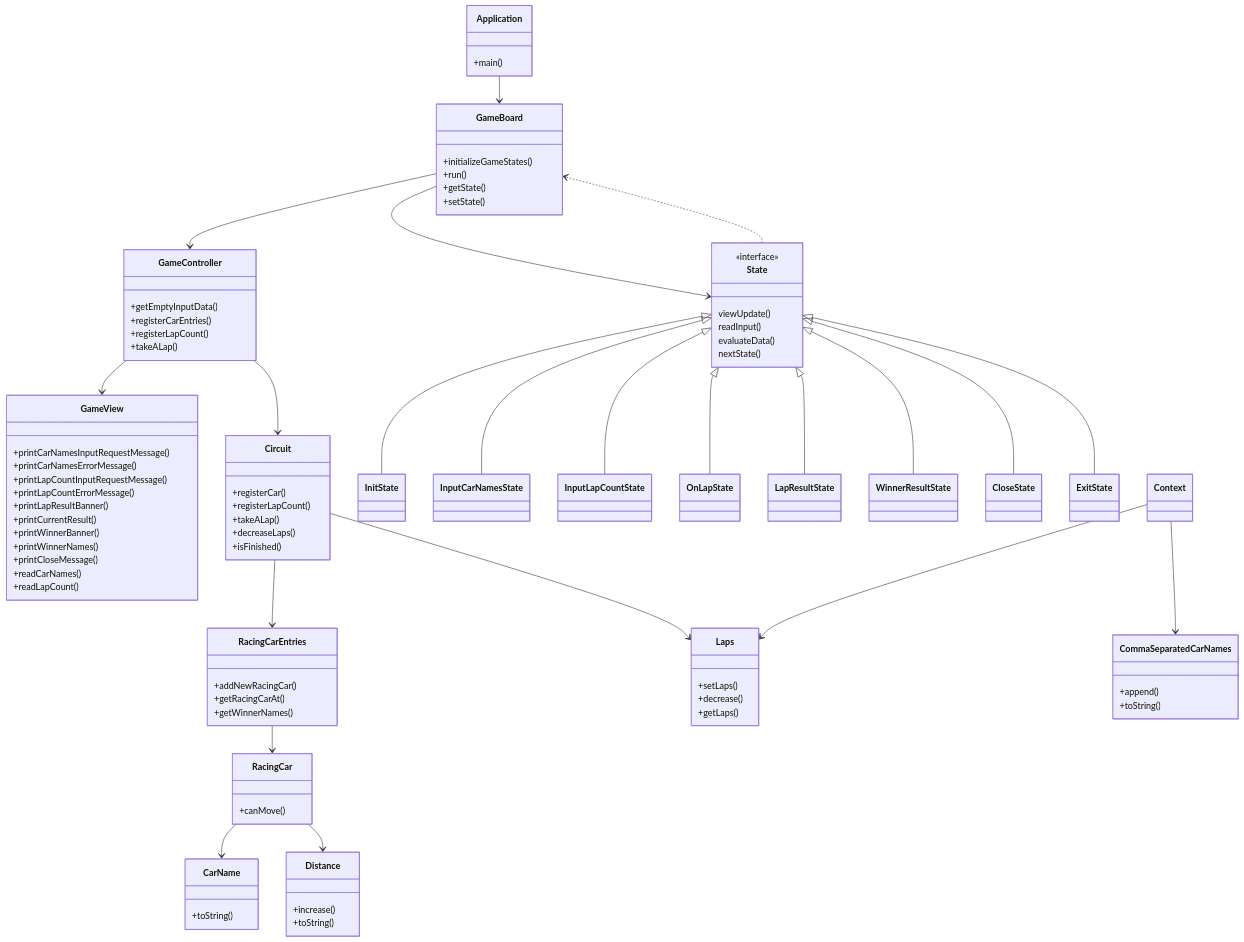
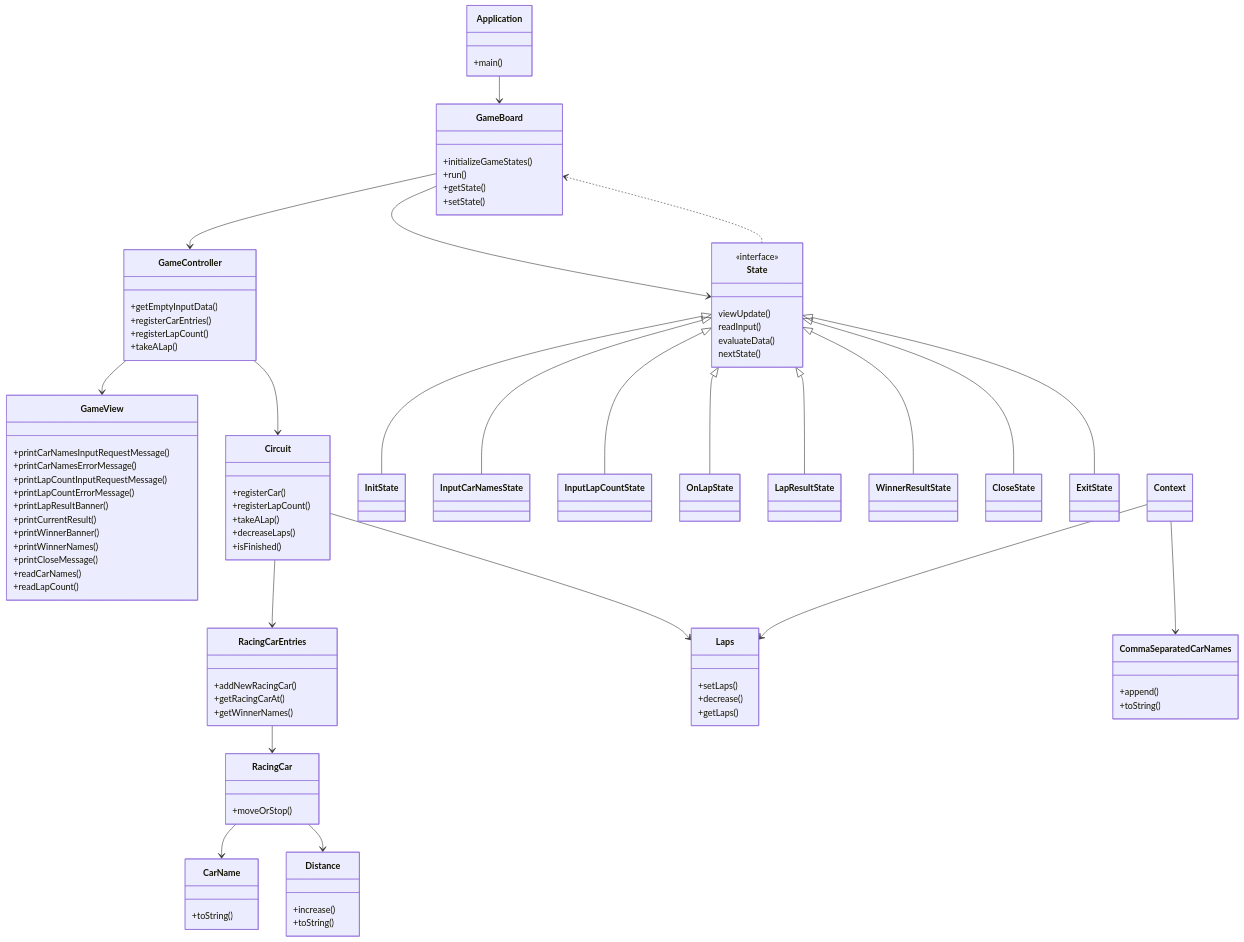
The diagram in docs/class_diagram.md (digiry/java-racingcar-precourse), drawn with Mermaid before and after one commit. The commit also changed 2 other files, not shown here.

Commit message:
docs: change method to moveOrStop() from canMove()

```diff
--- a/docs/class_diagram.md
+++ b/docs/class_diagram.md
@@ -123,7 +123,7 @@
         +getLaps()
     }
     class RacingCar {
-        +canMove()
+        +moveOrStop()
     }
     class CarName {
         +toString()
```
